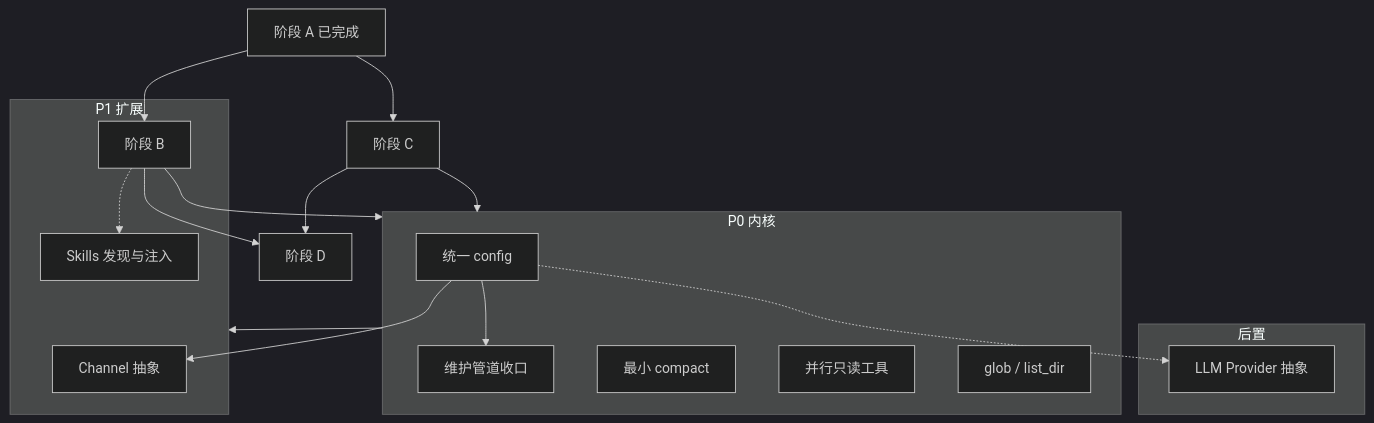
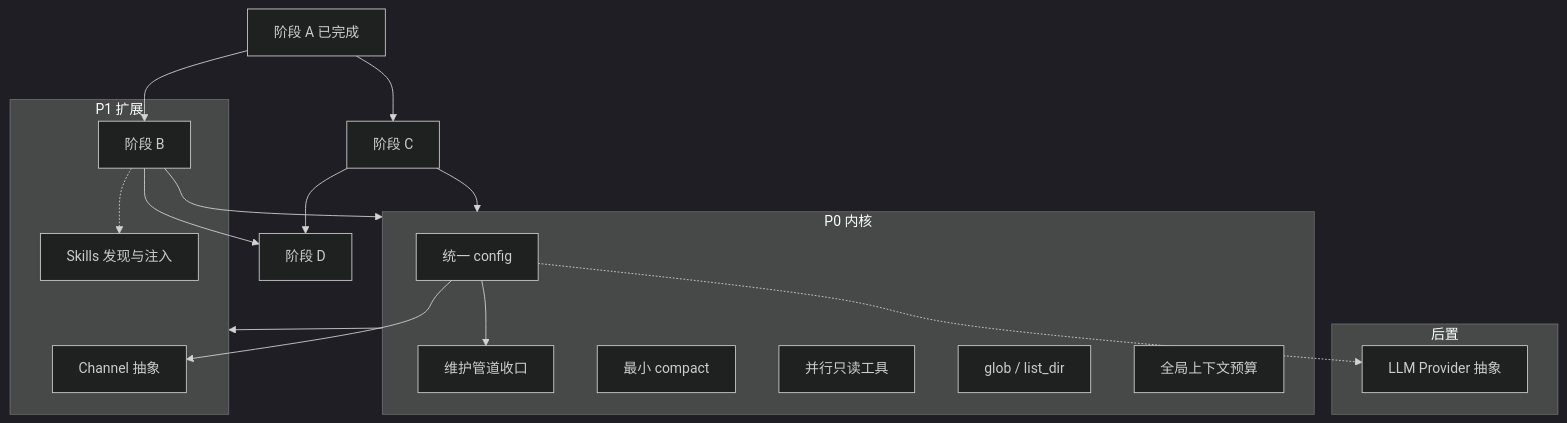
The diagram in docs/todo.md (lengzhao/oneclaw), drawn with Mermaid (dark theme) before and after one commit. The commit also changed other lines of this file and 35 other files, not shown here.

````diff
--- a/docs/todo.md
+++ b/docs/todo.md
@@ -167,28 +184,29 @@
 ```mermaid
 flowchart TB
   subgraph P0["P0 内核"]
     CFG[统一 config]
     MAINT[维护管道收口]
     CMP[最小 compact]
     PAR[并行只读工具]
     GLOB[glob / list_dir]
+    BUD[全局上下文预算]
     CFG --> MAINT
   end
   subgraph P1["P1 扩展"]
     CH[Channel 抽象]
     SK[Skills 发现与注入]
     CFG --> CH
     B -.-> SK
   end
   subgraph POST["后置"]
     LLM[LLM Provider 抽象]
   end
   CFG -.-> LLM
   A[阶段 A 已完成] --> B[阶段 B]
   A --> C[阶段 C]
   B --> P0
   C --> P0
   P0 --> P1
   B --> D[阶段 D]
   C --> D
 ```
````
